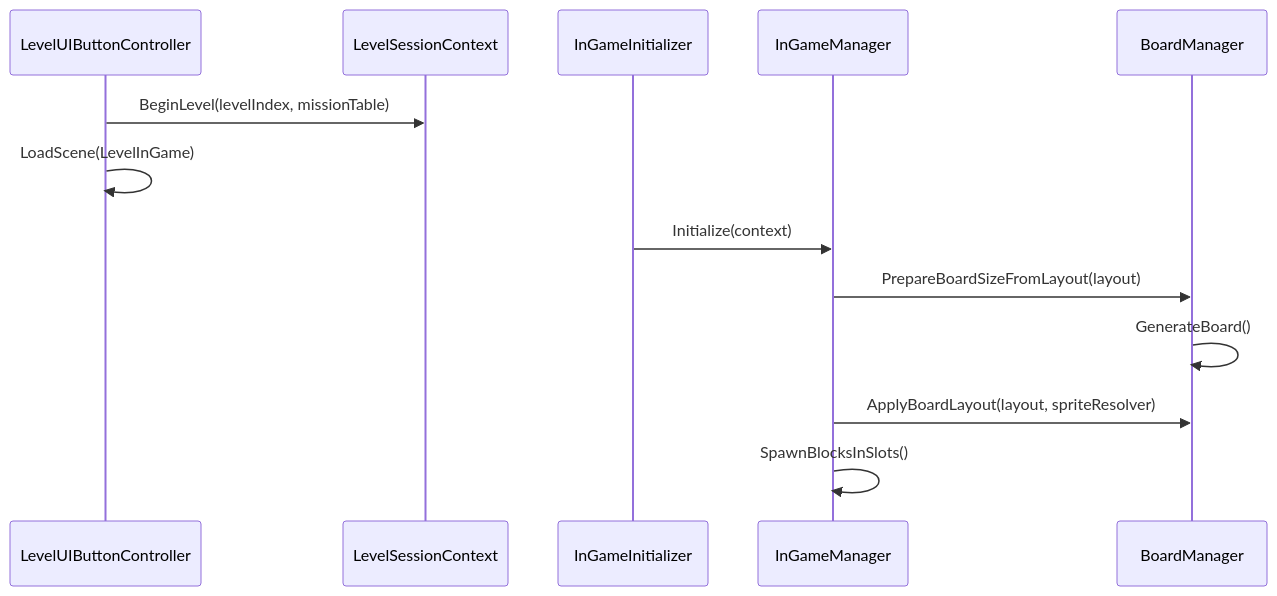
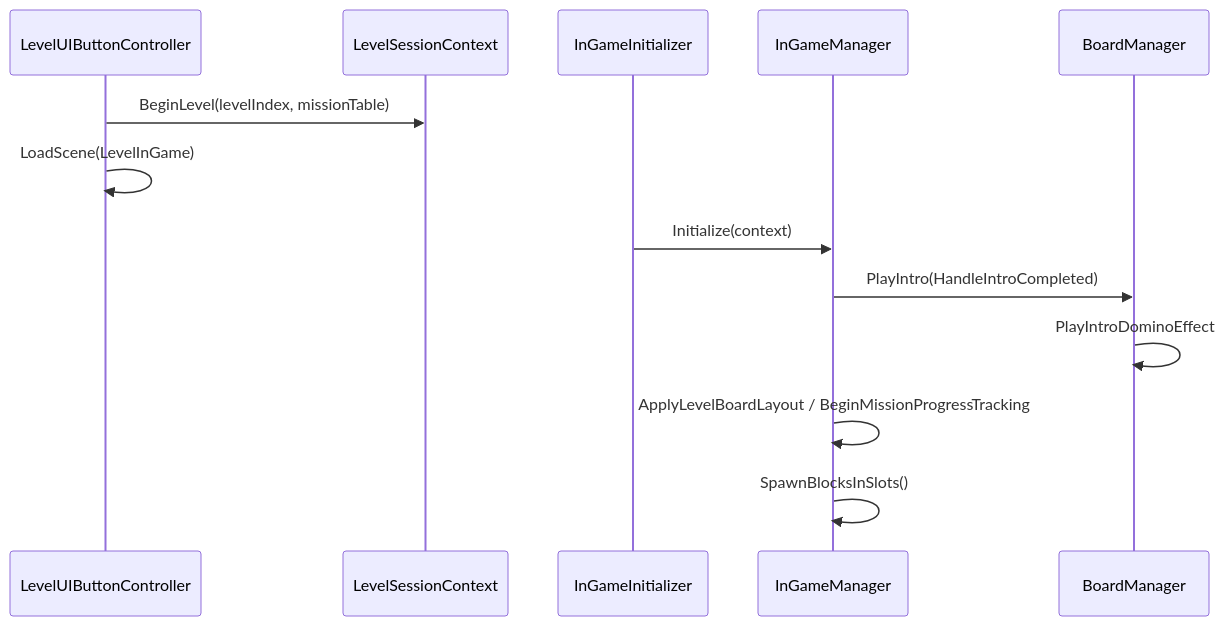
Before and after one commit to chlghksgml01/BlockPuzzle: the third of 3 diagrams in docs/diagrams/level-map.md, drawn with Mermaid. The commit also changed other lines of this file and 1 other file, not shown here.

Commit message:
feat: BP-6 인트로 재생 후 슬롯 블럭 생성

````diff
--- a/docs/diagrams/level-map.md
+++ b/docs/diagrams/level-map.md
@@ -187,16 +187,16 @@
 ```mermaid
 sequenceDiagram
     participant UI as LevelUIButtonController
     participant Ctx as LevelSessionContext
     participant Init as InGameInitializer
     participant IGM as InGameManager
     participant BM as BoardManager
 
     UI->>Ctx: BeginLevel(levelIndex, missionTable)
     UI->>UI: LoadScene(LevelInGame)
     Init->>IGM: Initialize(context)
-    IGM->>BM: PrepareBoardSizeFromLayout(layout)
-    BM->>BM: GenerateBoard()
-    IGM->>BM: ApplyBoardLayout(layout, spriteResolver)
+    IGM->>BM: PlayIntro(HandleIntroCompleted)
+    BM->>BM: PlayIntroDominoEffect
+    IGM->>IGM: ApplyLevelBoardLayout / BeginMissionProgressTracking
     IGM->>IGM: SpawnBlocksInSlots()
 ```
````
